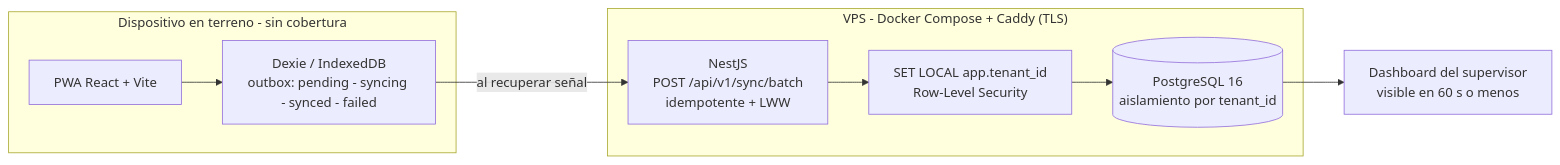
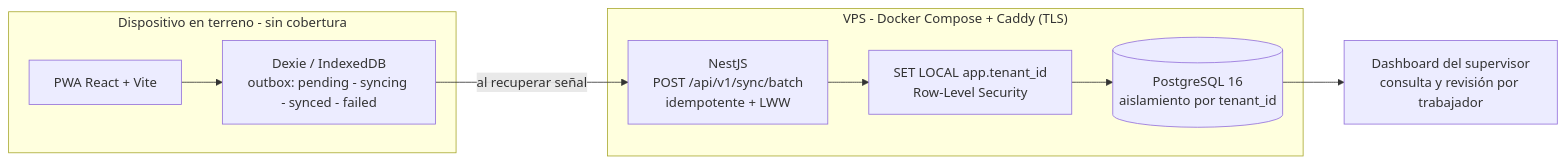
One commit to danielandresavilaj-cell/Capstone changed the diagram in README.md. Above: the diagram before and after it, drawn with Mermaid. The commit also changed other lines of this file and 74 other files, not shown here.

````diff
--- a/README.md
+++ b/README.md
@@ -89,20 +84,20 @@
 ```mermaid
 flowchart LR
   subgraph TERRENO["Dispositivo en terreno - sin cobertura"]
     PWA["PWA React + Vite"]
     DEX["Dexie / IndexedDB<br/>outbox: pending - syncing - synced - failed"]
     PWA --> DEX
   end
 
   subgraph VPS["VPS - Docker Compose + Caddy (TLS)"]
     API["NestJS<br/>POST /api/v1/sync/batch<br/>idempotente + LWW"]
     RLS["SET LOCAL app.tenant_id<br/>Row-Level Security"]
     PG[("PostgreSQL 16<br/>aislamiento por tenant_id")]
     API --> RLS --> PG
   end
 
-  DASH["Dashboard del supervisor<br/>visible en 60 s o menos"]
+  DASH["Dashboard del supervisor<br/>consulta y revisión por trabajador"]
 
   DEX -->|"al recuperar señal"| API
   PG --> DASH
 ```
````
